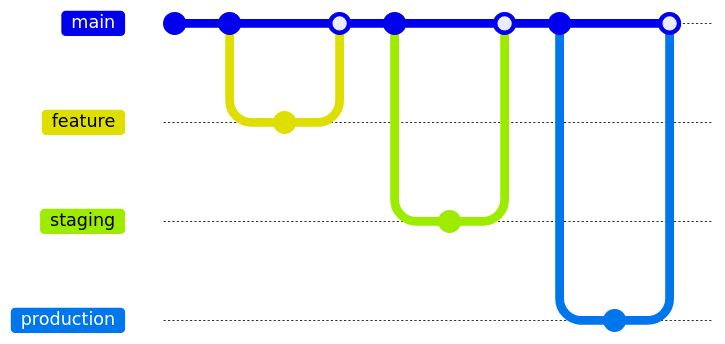
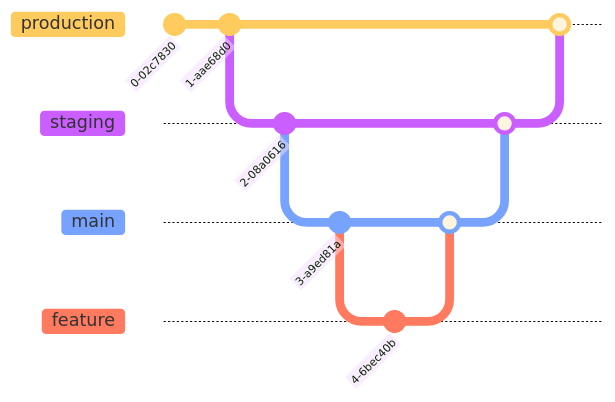
Before and after one commit to monty16597/tv-devops-assessment: the first of 4 diagrams in README.md, drawn with Mermaid. The commit also changed 11 other files, not shown here. Commit ids are hidden.

````diff
--- a/README.md
+++ b/README.md
@@ -17,22 +17,27 @@
 ```mermaid
+---
+config:
+  logLevel: 'debug'
+  theme: 'base'
+  gitGraph:
+    showBranches: true
+    showCommitLabel: true
+    mainBranchName: 'production'
+---
 gitGraph
     commit
     commit
+    branch staging
+    commit
+    branch main
+    commit
     branch feature
-    checkout feature
     commit
     checkout main
     merge feature
-    commit
-    branch staging
     checkout staging
-    commit
-    checkout main
+    merge main
+    checkout production
     merge staging
-    commit
-    branch production
-    checkout production
-    commit
-    checkout main
-    merge production
+    
 ```
````
